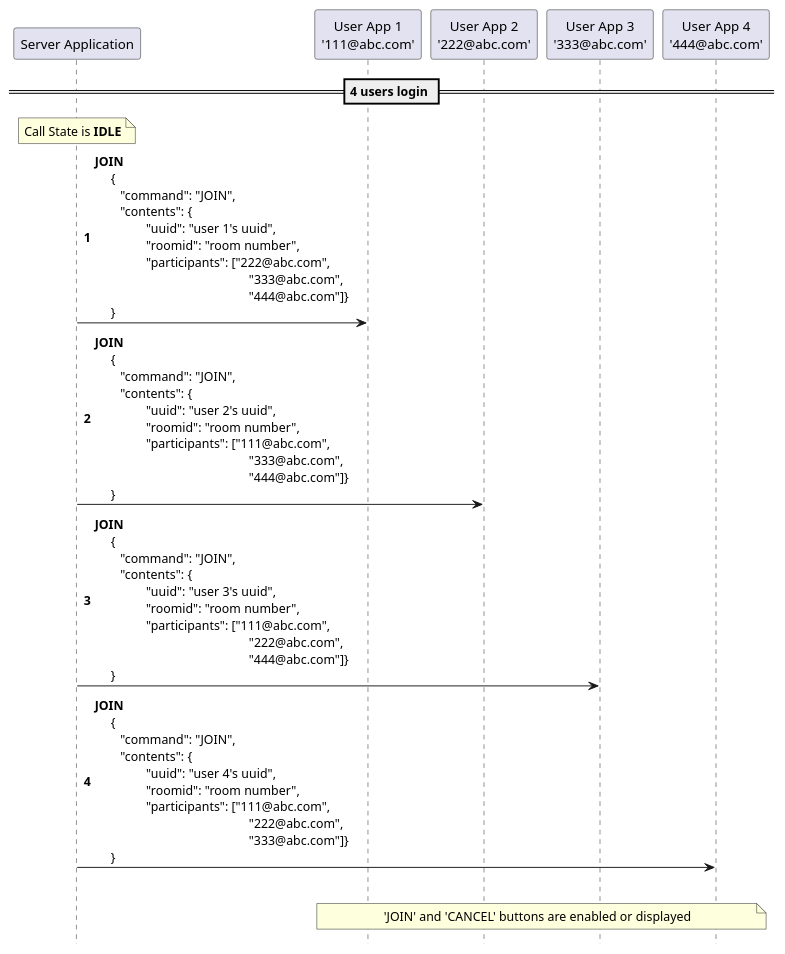
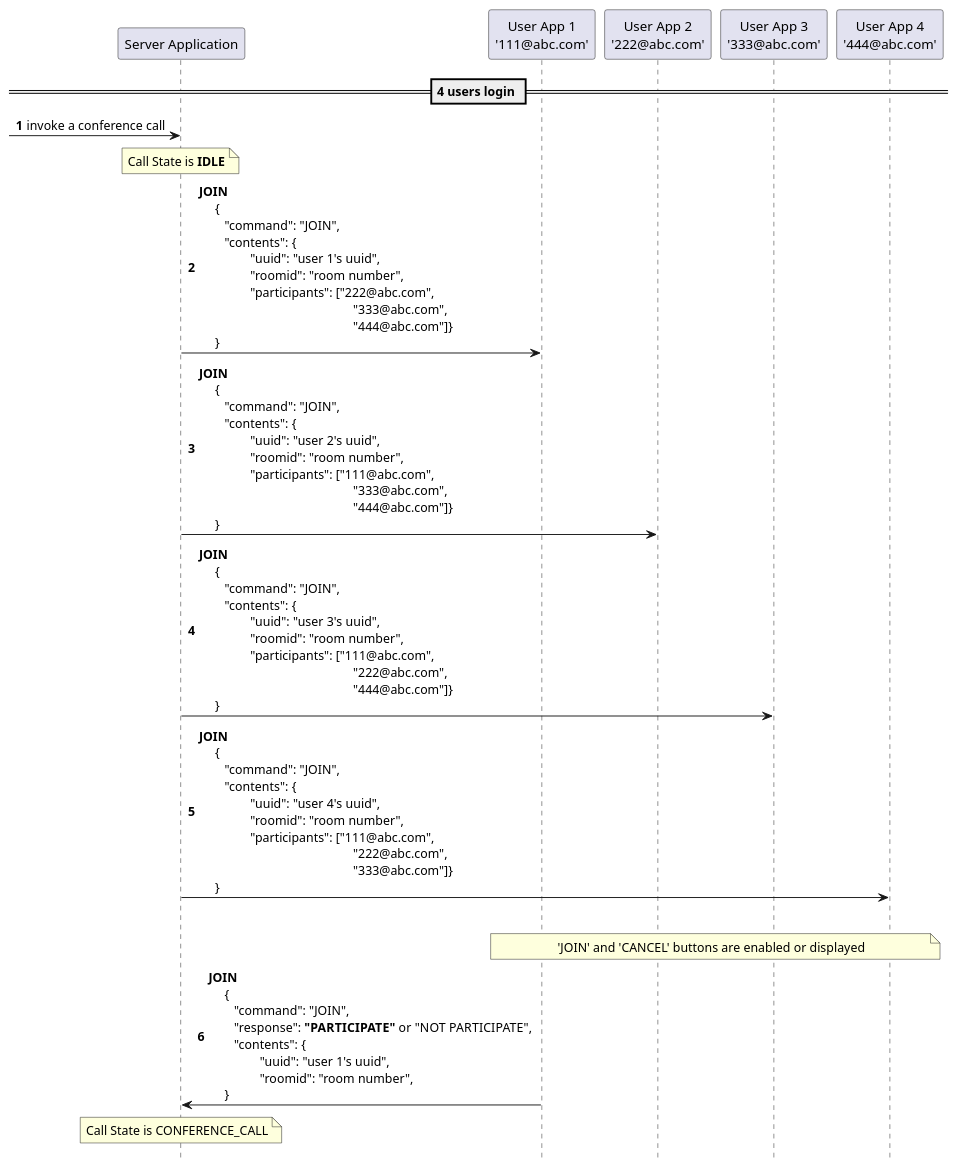
The diagram in plantuml/conference_call_flow.puml (architecture-4-team/team4-project), drawn with PlantUML before and after one commit. The commit also changed 1 other file, not shown here.

Commit message:
- RESPONSE JOIN in progress

```diff
--- a/plantuml/conference_call_flow.puml
+++ b/plantuml/conference_call_flow.puml
@@ -1,49 +1,63 @@
 @startuml
 
 autonumber
 hide footbox
 participant "Server Application" as sa
 participant "User App 1\n'111@abc.com'" as ua1
 participant "User App 2\n'222@abc.com'" as ua2
 participant "User App 3\n'333@abc.com'" as ua3
 participant "User App 4\n'444@abc.com'" as ua4
 
 == 4 users login ==
 
+-> sa : invoke a conference call
 note over sa : Call State is <b>IDLE</b>
 sa -> ua1 : <b>JOIN</b> \n \
     { \n \
     \t"command": "JOIN", \n \
     \t"contents": { \n \
     \t\t"uuid": "user 1's uuid", \n \
     \t\t"roomid": "room number", \n \
     \t\t"participants": ["222@abc.com", \n\t\t\t\t\t\t"333@abc.com", \n\t\t\t\t\t\t"444@abc.com"]} \n \
     }
 sa -> ua2 : <b>JOIN</b> \n \
     { \n \
     \t"command": "JOIN", \n \
     \t"contents": { \n \
     \t\t"uuid": "user 2's uuid", \n \
     \t\t"roomid": "room number", \n \
     \t\t"participants": ["111@abc.com", \n\t\t\t\t\t\t"333@abc.com", \n\t\t\t\t\t\t"444@abc.com"]} \n \
     }
 sa -> ua3 : <b>JOIN</b> \n \
     { \n \
     \t"command": "JOIN", \n \
     \t"contents": { \n \
     \t\t"uuid": "user 3's uuid", \n \
     \t\t"roomid": "room number", \n \
     \t\t"participants": ["111@abc.com", \n\t\t\t\t\t\t"222@abc.com", \n\t\t\t\t\t\t"444@abc.com"]} \n \
     }
 sa -> ua4 : <b>JOIN</b> \n \
     { \n \
     \t"command": "JOIN", \n \
     \t"contents": { \n \
     \t\t"uuid": "user 4's uuid", \n \
     \t\t"roomid": "room number", \n \
     \t\t"participants": ["111@abc.com", \n\t\t\t\t\t\t"222@abc.com", \n\t\t\t\t\t\t"333@abc.com"]} \n \
     }
 |||
 note over ua1, ua4 : 'JOIN' and 'CANCEL' buttons are enabled or displayed
 
+ua1 -> sa : <b>JOIN</b> \n \
+    { \n \
+    \t"command": "JOIN", \n \
+    \t"response": <b>"PARTICIPATE"</b> or "NOT PARTICIPATE", \n \
+    \t"contents": { \n \
+    \t\t"uuid": "user 1's uuid", \n \
+    \t\t"roomid": "room number", \n \
+    }
+
+note over sa : Call State is CONFERENCE_CALL
+
+
+
 @enduml
```
